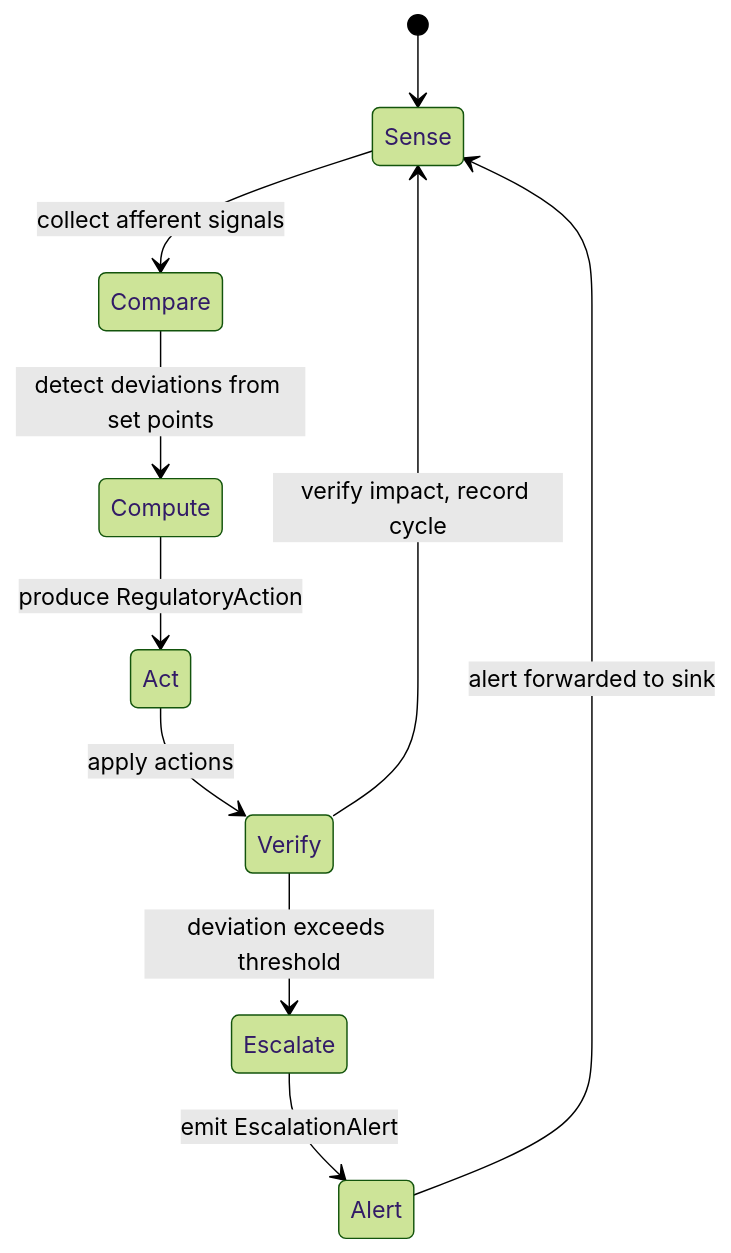
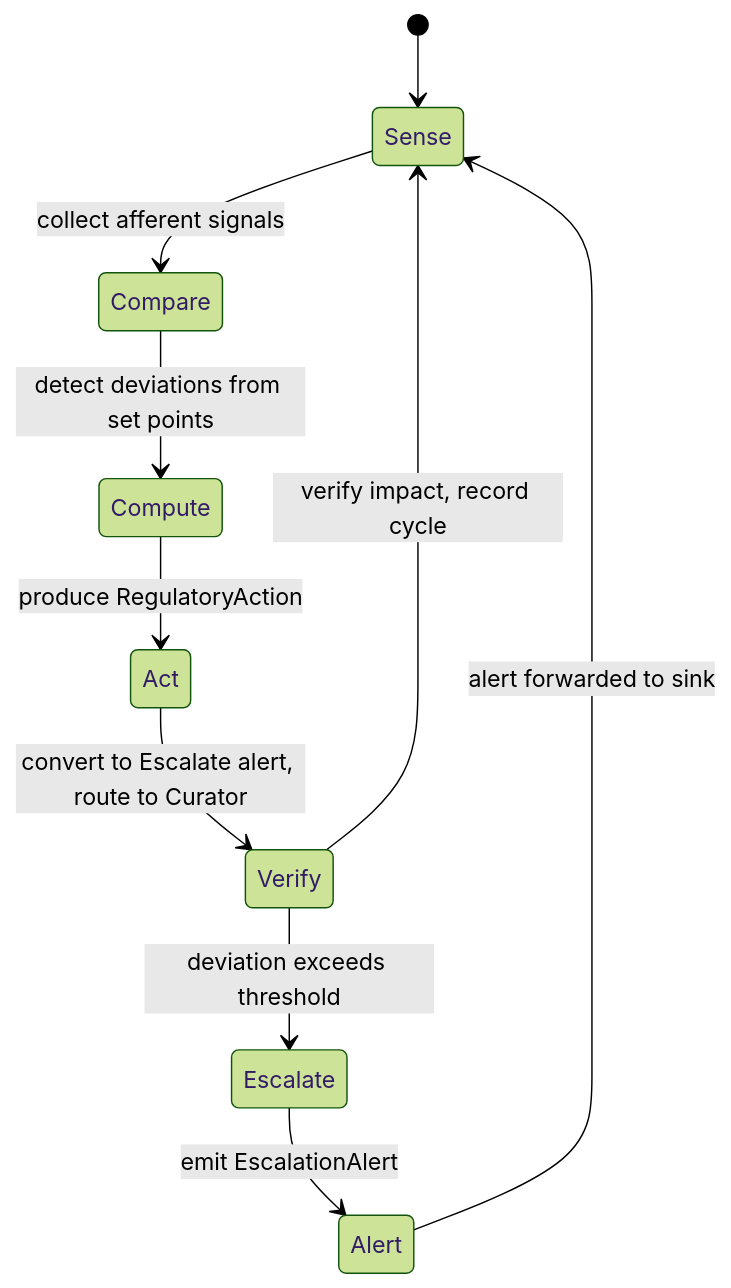
One commit to mdz-axo/zed-kask changed the diagram in kask/docs/diataxis/hkask-regulation/explanation.md. Above: the diagram before and after it, drawn with Mermaid (forest theme). The commit also changed other lines of this file and 15 other files, not shown here.

First line of the commit message:
Route regulation actions as alerts and modularize the swarm panel

````diff
--- a/kask/docs/diataxis/hkask-regulation/explanation.md
+++ b/kask/docs/diataxis/hkask-regulation/explanation.md
@@ -45,12 +45,12 @@
 ```mermaid
 stateDiagram-v2
     [*] --> Sense
     Sense --> Compare: collect afferent signals
     Compare --> Compute: detect deviations from set points
     Compute --> Act: produce RegulatoryAction
-    Act --> Verify: apply actions
+    Act --> Verify: convert to Escalate alert, route to Curator
     Verify --> Sense: verify impact, record cycle
     Verify --> Escalate: deviation exceeds threshold
     Escalate --> Alert: emit EscalationAlert
     Alert --> Sense: alert forwarded to sink
 ```
````
